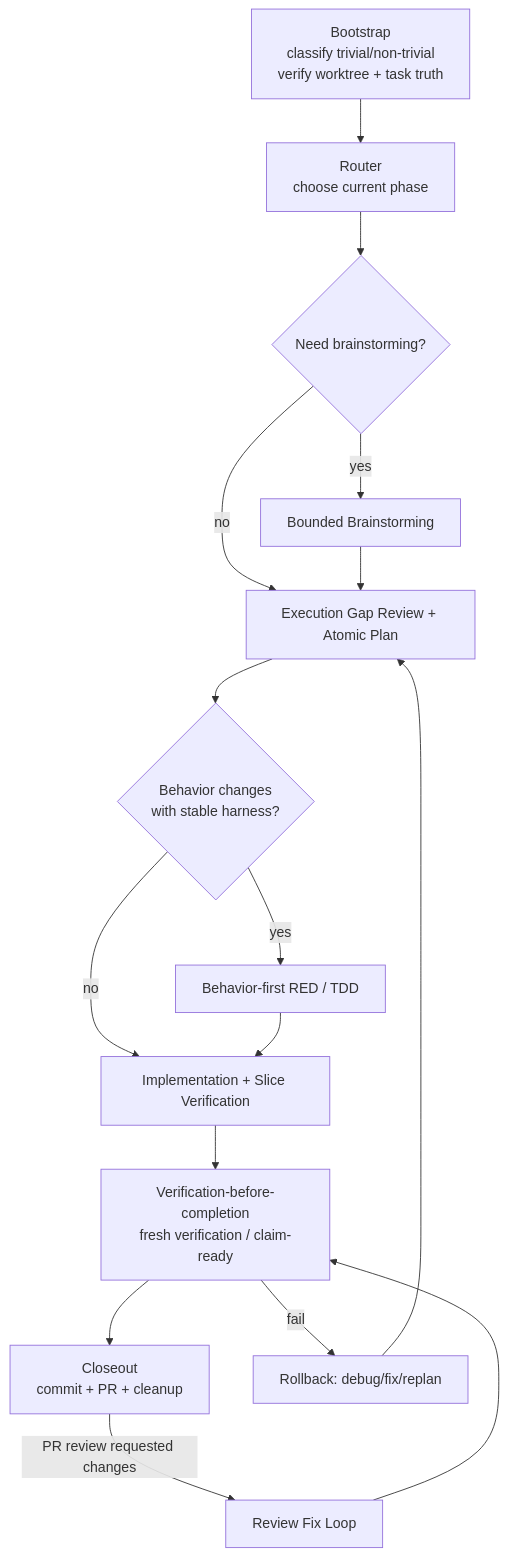
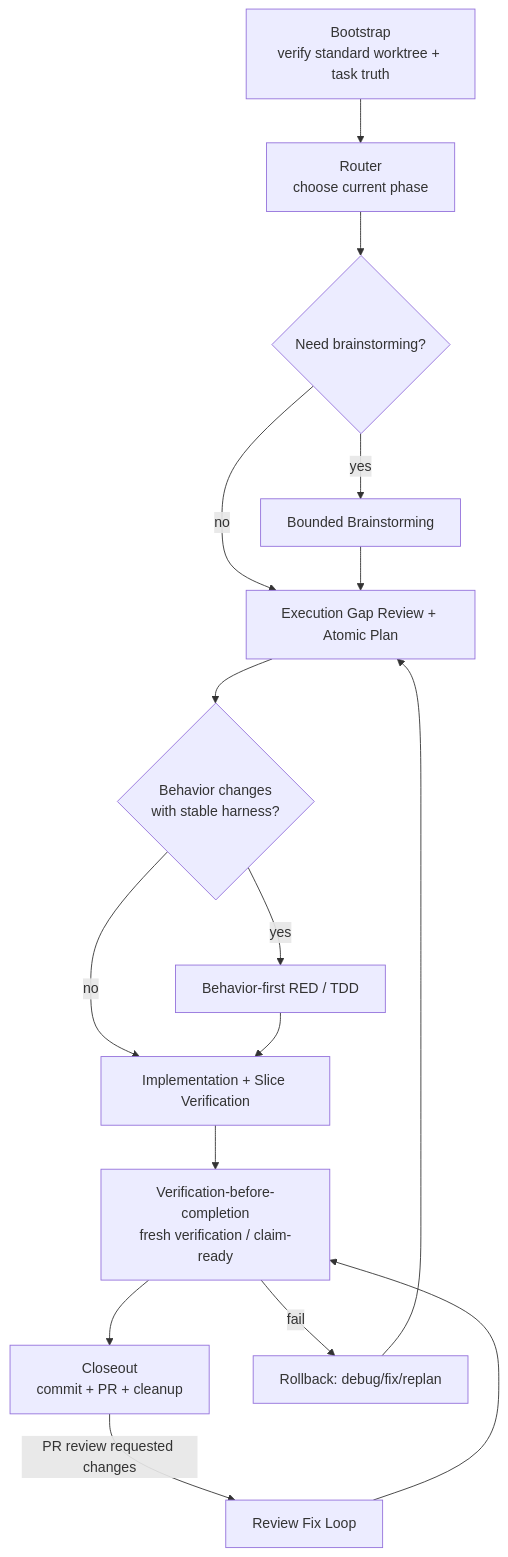
The diagram in doc/engineering/workflow/source-of-truth.md (eng-cc/oasis7), drawn with Mermaid before and after one commit. The commit also changed other lines of this file and 10 other files, not shown here.

Commit message:
Require standard worktree flow for repo changes

````diff
--- a/doc/engineering/workflow/source-of-truth.md
+++ b/doc/engineering/workflow/source-of-truth.md
@@ -15,19 +15,19 @@
 ```mermaid
 flowchart TD
-  A[Bootstrap\nclassify trivial/non-trivial\nverify worktree + task truth] --> B[Router\nchoose current phase]
+  A[Bootstrap\nverify standard worktree + task truth] --> B[Router\nchoose current phase]
   B --> C{Need brainstorming?}
   C -- yes --> D[Bounded Brainstorming]
   C -- no --> E
   D --> E[Execution Gap Review + Atomic Plan]
   E --> F{Behavior changes\nwith stable harness?}
   F -- yes --> G[Behavior-first RED / TDD]
   F -- no --> H
   G --> H[Implementation + Slice Verification]
   H --> I[Verification-before-completion\nfresh verification / claim-ready]
   I --> J[Closeout\ncommit + PR + cleanup]
 
   I -->|fail| K[Rollback: debug/fix/replan]
   K --> E
   J -->|PR review requested changes| L[Review Fix Loop]
   L --> I
 ```
````
